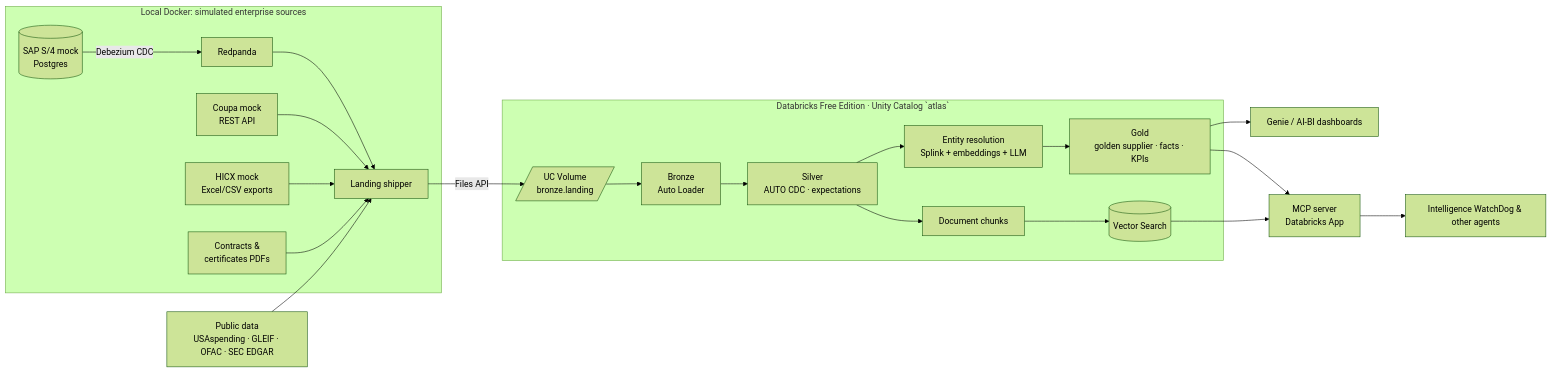
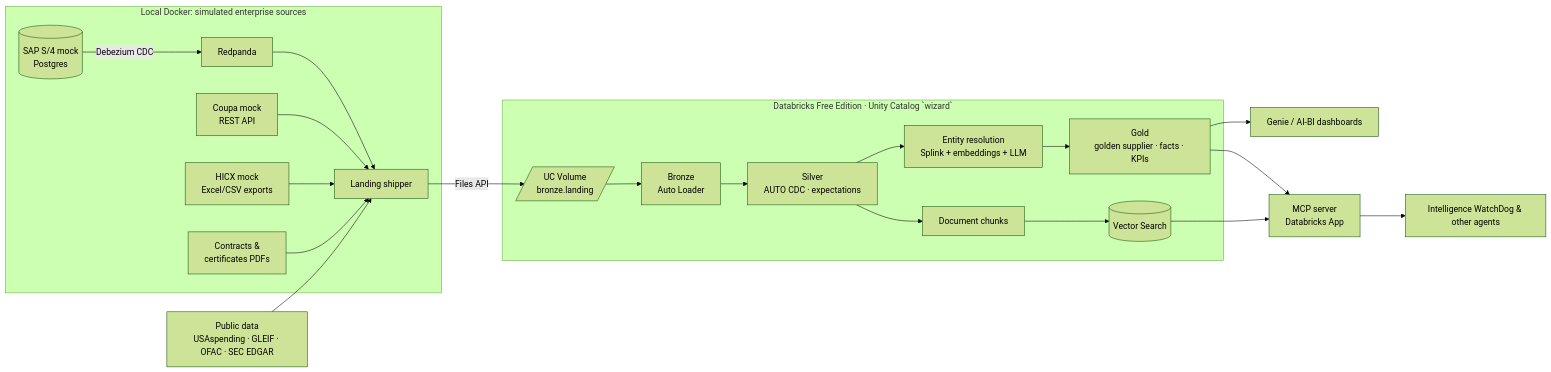
Before and after one commit to Aqueel13/databricks-wizard: the diagram in README.md, drawn with Mermaid (forest theme). The commit also changed other lines of this file and 9 other files, not shown here.

First line of the commit message:
Rename project from ATLAS to Databricks Wizard

````diff
--- a/README.md
+++ b/README.md
@@ -21,27 +21,27 @@
 ```mermaid
 flowchart LR
   subgraph Local["Local Docker: simulated enterprise sources"]
     SAP[(SAP S/4 mock<br/>Postgres)] -->|Debezium CDC| RP[Redpanda]
     COUPA[Coupa mock<br/>REST API]
     HICX[HICX mock<br/>Excel/CSV exports]
     DOCS[Contracts &<br/>certificates PDFs]
     RP --> SHIP[Landing shipper]
     COUPA --> SHIP
     HICX --> SHIP
     DOCS --> SHIP
   end
   PUB[Public data<br/>USAspending · GLEIF · OFAC · SEC EDGAR] --> SHIP
   SHIP -->|Files API| VOL[/UC Volume<br/>bronze.landing/]
-  subgraph DBX["Databricks Free Edition · Unity Catalog `atlas`"]
+  subgraph DBX["Databricks Free Edition · Unity Catalog `wizard`"]
     VOL --> B[Bronze<br/>Auto Loader]
     B --> S[Silver<br/>AUTO CDC · expectations]
     S --> ER[Entity resolution<br/>Splink + embeddings + LLM]
     ER --> G[Gold<br/>golden supplier · facts · KPIs]
     S --> KN[Document chunks]
     KN --> VS[(Vector Search)]
   end
   G --> GENIE[Genie / AI-BI dashboards]
   G --> MCP[MCP server<br/>Databricks App]
   VS --> MCP
   MCP --> WD[Intelligence WatchDog & other agents]
 ```
````
